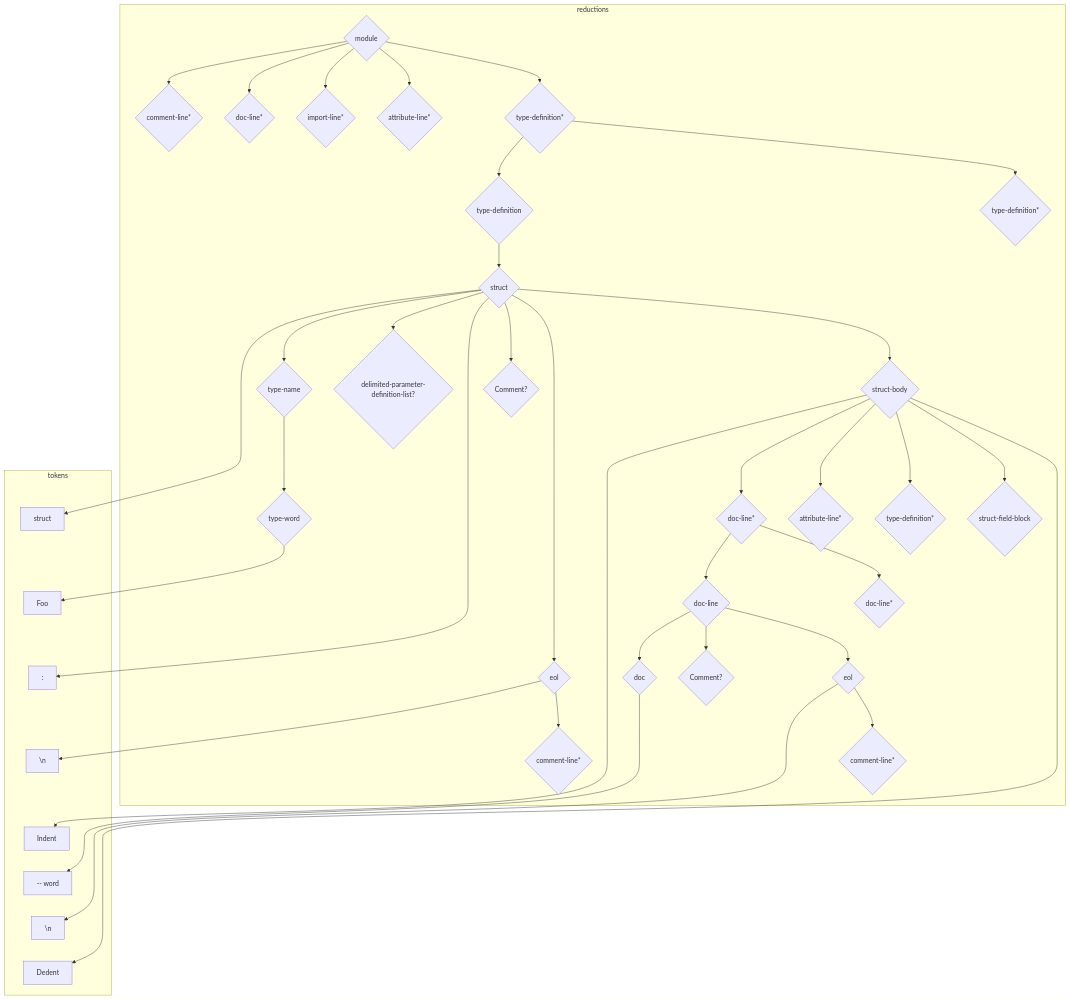
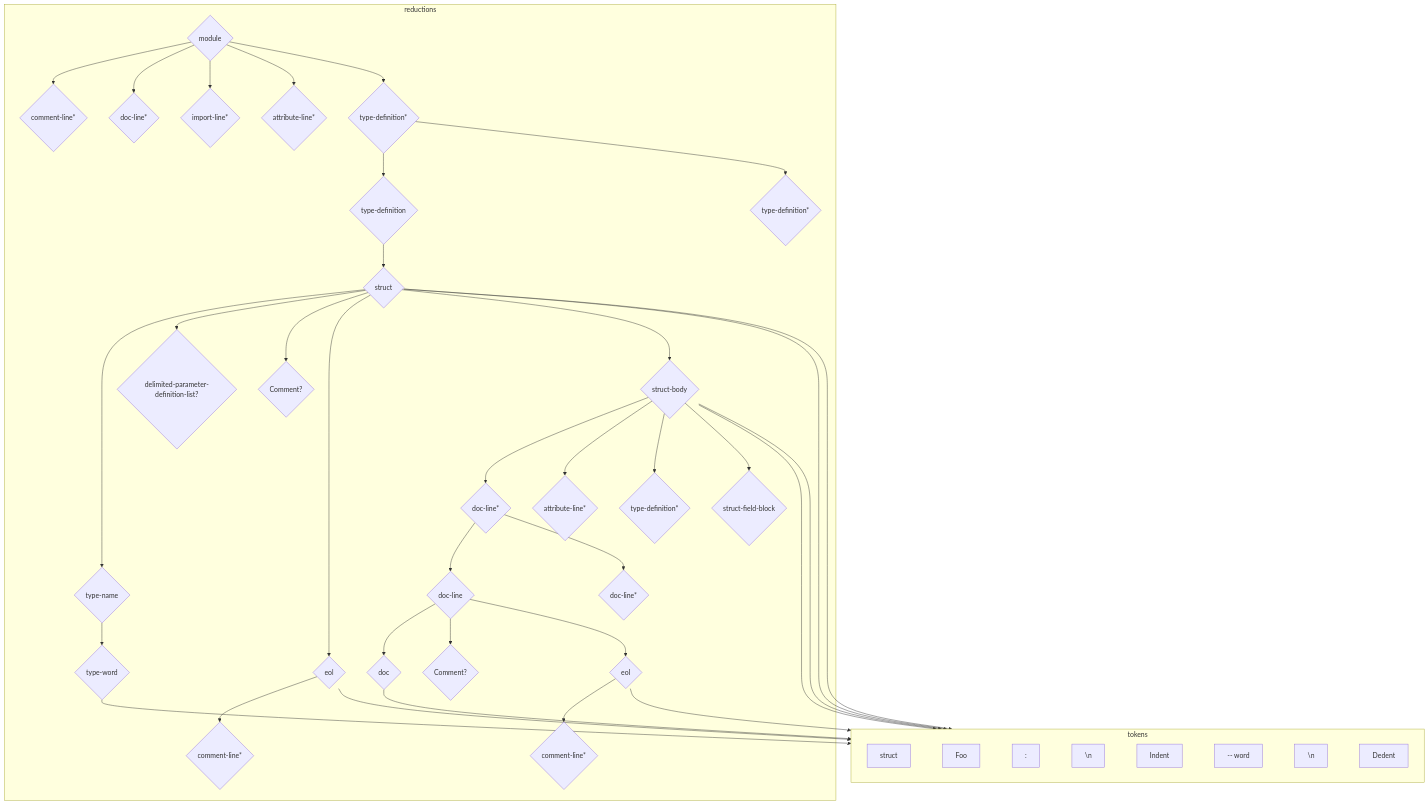
Before and after one commit to reventlov/emboss: the seventh of 7 diagrams in doc/design.md, drawn with Mermaid.

````diff
--- a/doc/design.md
+++ b/doc/design.md
@@ -472,75 +472,76 @@
 ```mermaid
 graph TD
     subgraph reductions
         r0@{shape: diamond, label: "module"}
         r1@{shape: diamond, label: "comment-line*"}
         r2@{shape: diamond, label: "doc-line*"}
         r3@{shape: diamond, label: "import-line*"}
         r4@{shape: diamond, label: "attribute-line*"}
         r5@{shape: diamond, label: "type-definition*"}
         r6@{shape: diamond, label: "type-definition"}
         r7@{shape: diamond, label: "struct"}
         r8@{shape: diamond, label: "type-name"}
         r9@{shape: diamond, label: "type-word"}
         r10@{shape: diamond, label: "delimited-parameter-definition-list?"}
         r11@{shape: diamond, label: "Comment?"}
         r12@{shape: diamond, label: "eol"}
         r13@{shape: diamond, label: "comment-line*"}
         r14@{shape: diamond, label: "struct-body"}
         r15@{shape: diamond, label: "doc-line*"}
         r16@{shape: diamond, label: "doc-line"}
         r17@{shape: diamond, label: "doc"}
         r18@{shape: diamond, label: "Comment?"}
         r19@{shape: diamond, label: "eol"}
         r20@{shape: diamond, label: "comment-line*"}
         r21@{shape: diamond, label: "doc-line*"}
         r22@{shape: diamond, label: "attribute-line*"}
         r23@{shape: diamond, label: "type-definition*"}
         r24@{shape: diamond, label: "struct-field-block"}
         r25@{shape: diamond, label: "type-definition*"}
     end
     r0 --> r1
     r0 --> r2
     r0 --> r3
     r0 --> r4
     r0 --> r5
     r5 --> r6
     r5 --> r25
     r6 --> r7
     r7 --> t0
     r7 --> r8
     r7 --> r10
     r7 --> t2
     r7 --> r11
     r7 --> r12
     r7 --> r14
     r8 --> r9
     r9 --> t1
     r12 --> t3
     r12 --> r13
     r14 --> t4
     r14 --> r15
     r14 --> r22
     r14 --> r23
     r14 --> r24
     r14 --> t7
     r15 --> r16
     r15 --> r21
     r16 --> r17
     r16 --> r18
     r16 --> r19
     r17 --> t5
     r19 --> t6
     r19 --> r20
     subgraph tokens
+        direction LR
         t0 ~~~ t1 ~~~ t2 ~~~ t3 ~~~ t4 ~~~ t5 ~~~ t6 ~~~ t7
         t0@{shape: rect, label: "struct"}
         t1@{shape: rect, label: "Foo"}
         t2@{shape: rect, label: ":"}
         t3@{shape: rect, label: "\\n"}
         t4@{shape: rect, label: "Indent"}
         t5@{shape: rect, label: "-- word"}
         t6@{shape: rect, label: "\\n"}
         t7@{shape: rect, label: "Dedent"}
     end
 ```
````
